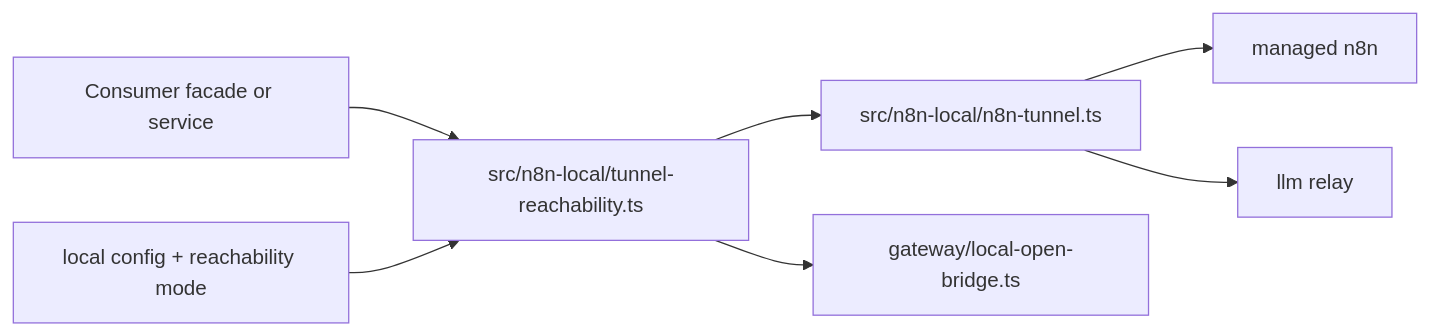
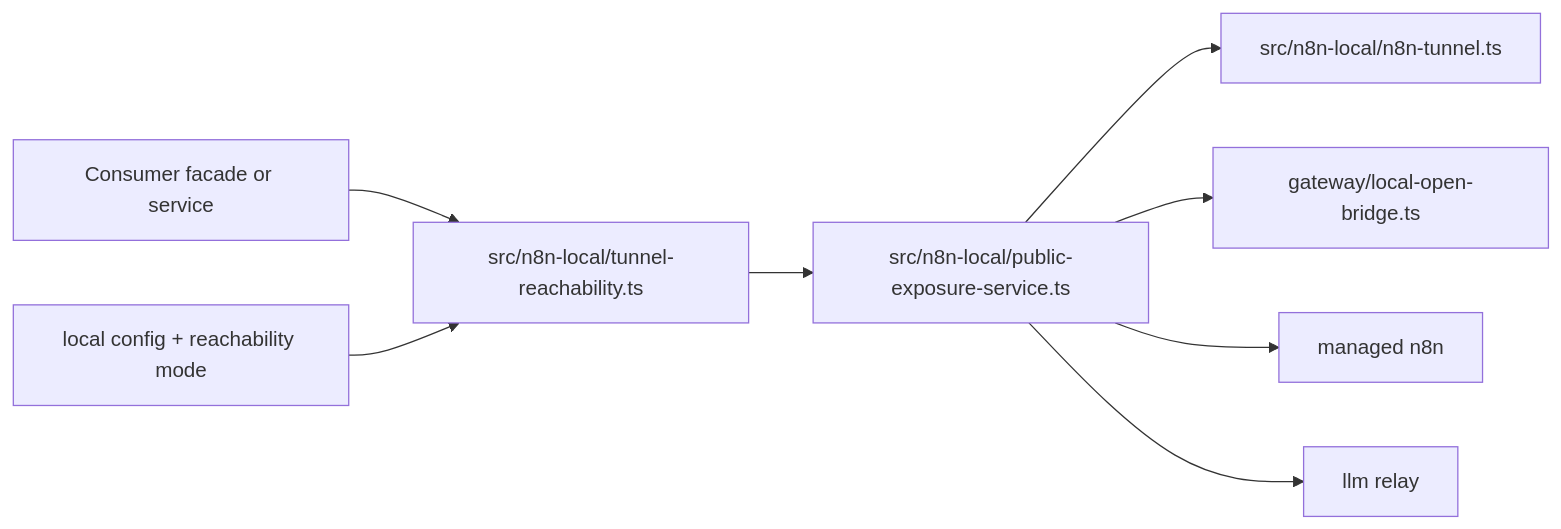
The fifth of 6 diagrams in architecture/current/runtime-flows.md (EtienneLescot/yagr), drawn with Mermaid before and after one commit. The commit also changed other lines of this file and 8 other files, not shown here.

First line of the commit message:
refactor(n8n-local): introduce public-exposure-service for orchestration

````diff
--- a/architecture/current/runtime-flows.md
+++ b/architecture/current/runtime-flows.md
@@ -103,17 +103,19 @@
 ```mermaid
 flowchart LR
     C[Consumer facade or service]
     CFG[local config + reachability mode]
     SSOT[src/n8n-local/tunnel-reachability.ts]
+    EXP[src/n8n-local/public-exposure-service.ts]
     TUN[src/n8n-local/n8n-tunnel.ts]
     BR[gateway/local-open-bridge.ts]
     N8N[managed n8n]
     RELAY[llm relay]
 
     C --> SSOT
     CFG --> SSOT
-    SSOT --> TUN
-    SSOT --> BR
-    TUN --> N8N
-    TUN --> RELAY
+    SSOT --> EXP
+    EXP --> TUN
+    EXP --> BR
+    EXP --> N8N
+    EXP --> RELAY
 ```
````
